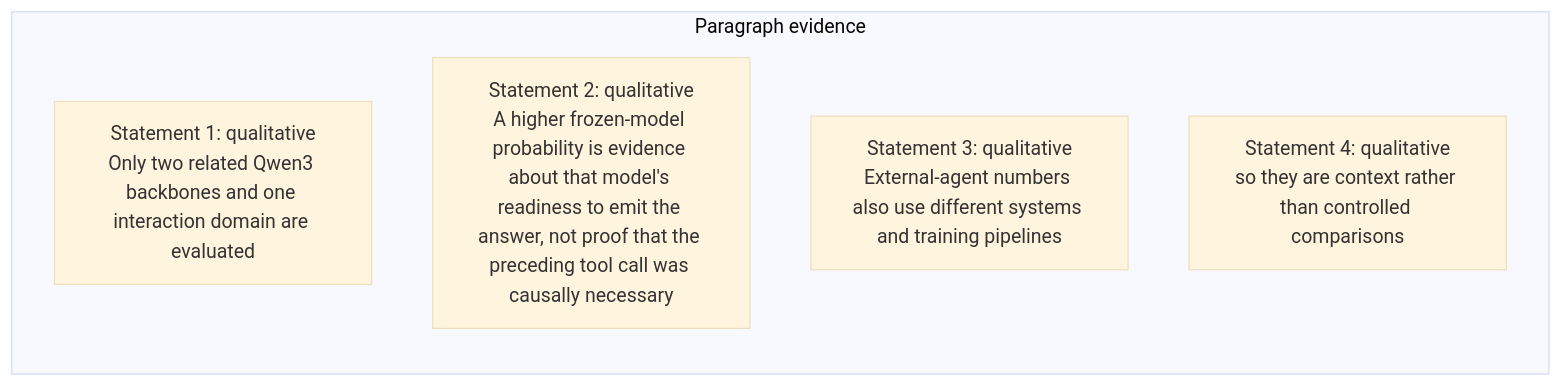
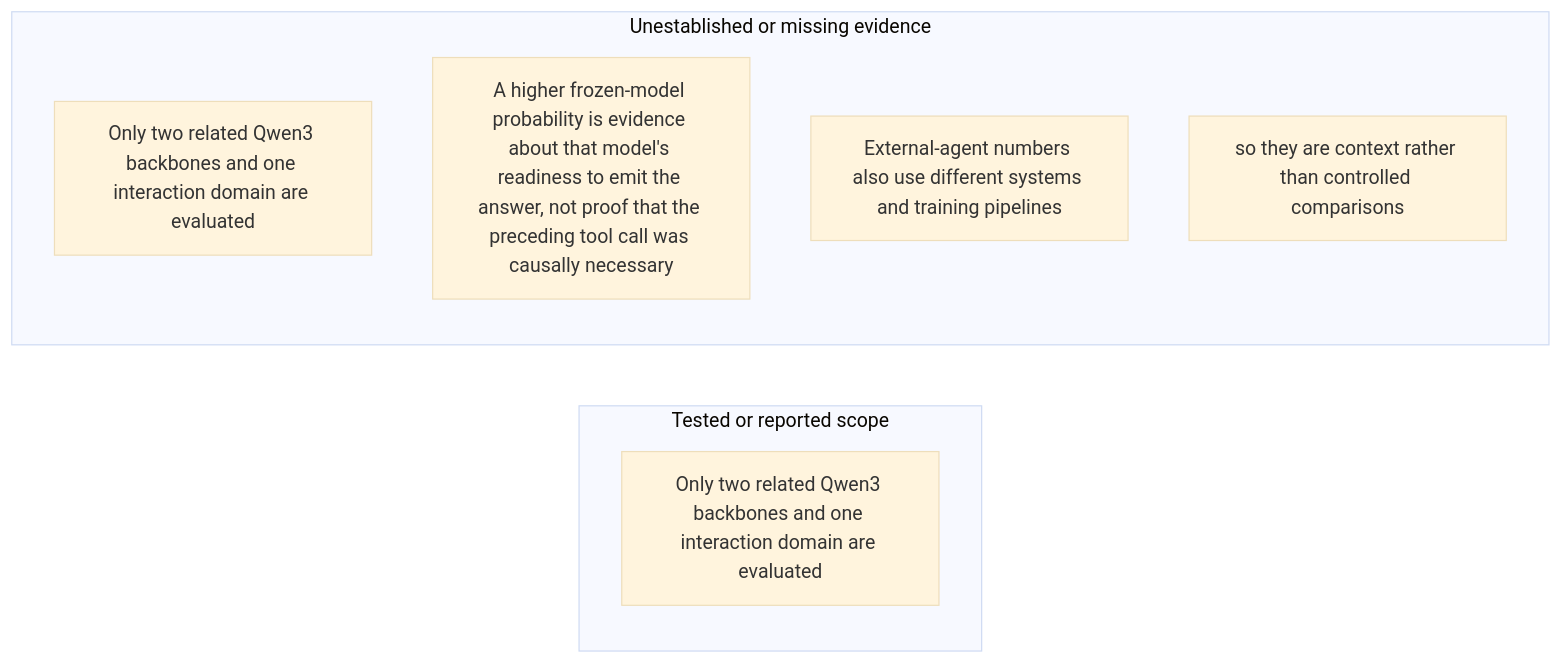
One commit to Betancourt1/paper_atlas changed diagram 40 of 48 in docs/visual-manifests/VISUAL_MANIFEST_TRACE.md. Above: the diagram before and after it, drawn with Mermaid (base theme). The commit also changed other lines of this file and 7 other files, not shown here.

````diff
--- a/docs/visual-manifests/VISUAL_MANIFEST_TRACE.md
+++ b/docs/visual-manifests/VISUAL_MANIFEST_TRACE.md
@@ -3300,9 +3436,12 @@
 ```mermaid
 flowchart LR
-  subgraph p1["Paragraph evidence"]
-    p1r1["Statement 1: qualitative<br/>Only two related Qwen3 backbones and one interaction domain are evaluated"]
-    p1r2["Statement 2: qualitative<br/>A higher frozen-model probability is evidence about that model's readiness to emit the answer, not proof that the preceding tool call was causally necessary"]
-    p1r3["Statement 3: qualitative<br/>External-agent numbers also use different systems and training pipelines"]
-    p1r4["Statement 4: qualitative<br/>so they are context rather than controlled comparisons"]
+  subgraph g1["Tested or reported scope"]
+    g1i1["Only two related Qwen3 backbones and one interaction domain are evaluated"]
+  end
+  subgraph g2["Unestablished or missing evidence"]
+    g2i1["Only two related Qwen3 backbones and one interaction domain are evaluated"]
+    g2i2["A higher frozen-model probability is evidence about that model's readiness to emit the answer, not proof that the preceding tool call was causally necessary"]
+    g2i3["External-agent numbers also use different systems and training pipelines"]
+    g2i4["so they are context rather than controlled comparisons"]
   end
 ```
````
